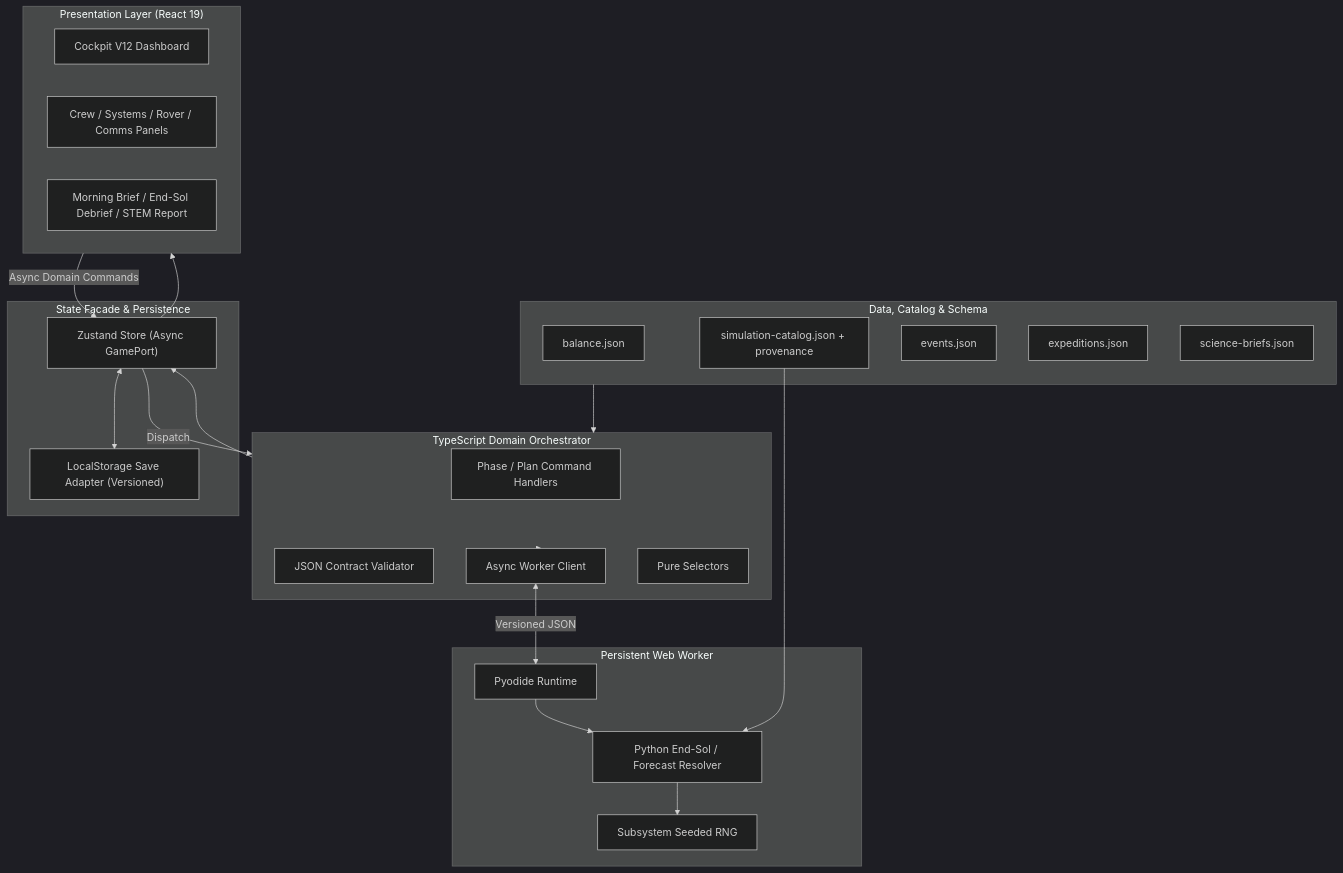
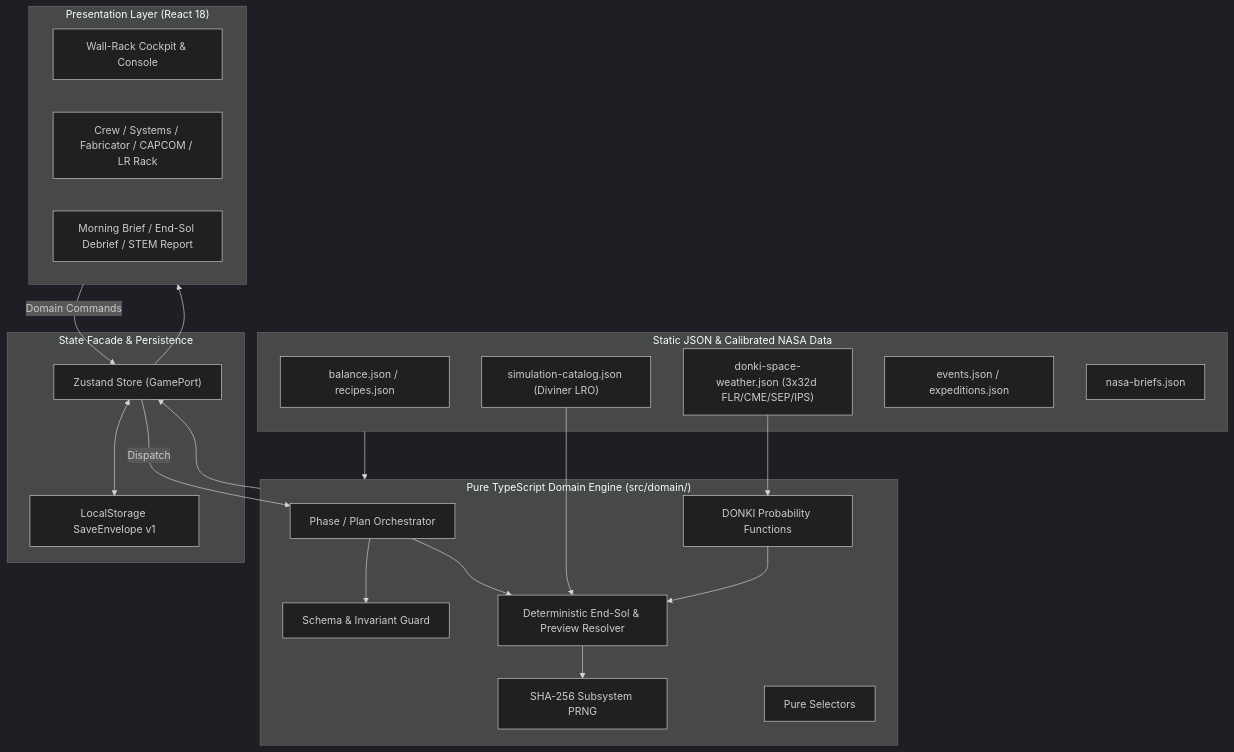
Before and after one commit to phanhuudanhkg0811-star/project-human-frontier: the diagram in docs/architecture/SYSTEM_ARCHITECTURE.md, drawn with Mermaid (dark theme). The commit also changed other lines of this file and 9 other files, not shown here.

Commit message:
docs(phase-1.1): align architecture and gameplay contracts

````diff
--- a/docs/architecture/SYSTEM_ARCHITECTURE.md
+++ b/docs/architecture/SYSTEM_ARCHITECTURE.md
@@ -36,46 +35,43 @@
 ```mermaid
 flowchart TD
-    subgraph DataLayer ["Data, Catalog & Schema"]
-        BalanceJSON["balance.json"]
-        SimCatalog["simulation-catalog.json + provenance"]
-        EventsJSON["events.json"]
-        ExpeditionsJSON["expeditions.json"]
-        ScienceJSON["science-briefs.json"]
+    subgraph DataLayer ["Static JSON & Calibrated NASA Data"]
+        BalanceJSON["balance.json / recipes.json"]
+        SimCatalog["simulation-catalog.json (Diviner LRO)"]
+        DonkiJSON["donki-space-weather.json (3x32d FLR/CME/SEP/IPS)"]
+        EventsJSON["events.json / expeditions.json"]
+        ScienceJSON["nasa-briefs.json"]
     end
 
-    subgraph Domain ["TypeScript Domain Orchestrator"]
-        StateReducer["Phase / Plan Command Handlers"]
-        ContractValidator["JSON Contract Validator"]
-        WorkerClient["Async Worker Client"]
+    subgraph Domain ["Pure TypeScript Domain Engine (src/domain/)"]
+        StateReducer["Phase / Plan Orchestrator"]
+        Invariants["Schema & Invariant Guard"]
+        SpaceWeather["DONKI Probability Functions"]
+        EndSolResolver["Deterministic End-Sol & Preview Resolver"]
+        PRNG["SHA-256 Subsystem PRNG"]
         Selectors["Pure Selectors"]
     end
 
-    subgraph Simulation ["Persistent Web Worker"]
-        Pyodide["Pyodide Runtime"]
-        PythonResolver["Python End-Sol / Forecast Resolver"]
-        PRNG["Subsystem Seeded RNG"]
+    subgraph StoreLayer ["State Facade & Persistence"]
+        ZustandStore["Zustand Store (GamePort)"]
+        SaveAdapter["LocalStorage SaveEnvelope v1"]
     end
 
-    subgraph StoreLayer ["State Facade & Persistence"]
-        ZustandStore["Zustand Store (Async GamePort)"]
-        SaveAdapter["LocalStorage Save Adapter (Versioned)"]
-    end
-
-    subgraph Presentation ["Presentation Layer (React 19)"]
-        CockpitView["Cockpit V12 Dashboard"]
-        Panels["Crew / Systems / Rover / Comms Panels"]
+    subgraph Presentation ["Presentation Layer (React 18)"]
+        CockpitView["Wall-Rack Cockpit & Console"]
+        Panels["Crew / Systems / Fabricator / CAPCOM / LR Rack"]
         Modals["Morning Brief / End-Sol Debrief / STEM Report"]
     end
 
     DataLayer --> Domain
-    SimCatalog --> PythonResolver
-    Domain --> WorkerClient
-    WorkerClient <-->|"Versioned JSON"| Pyodide
-    Pyodide --> PythonResolver
-    PythonResolver --> PRNG
+    SimCatalog --> EndSolResolver
+    DonkiJSON --> SpaceWeather
+    SpaceWeather --> EndSolResolver
+    EndSolResolver --> PRNG
+    StateReducer --> Invariants
+    StateReducer --> EndSolResolver
     Domain --> ZustandStore
     ZustandStore <--> SaveAdapter
     ZustandStore --> Presentation
-    Presentation --"Async Domain Commands"--> ZustandStore
-    ZustandStore --"Dispatch"--> Domain
+    Presentation --"Domain Commands"--> ZustandStore
+    ZustandStore --"Dispatch"--> StateReducer
 ```
````
